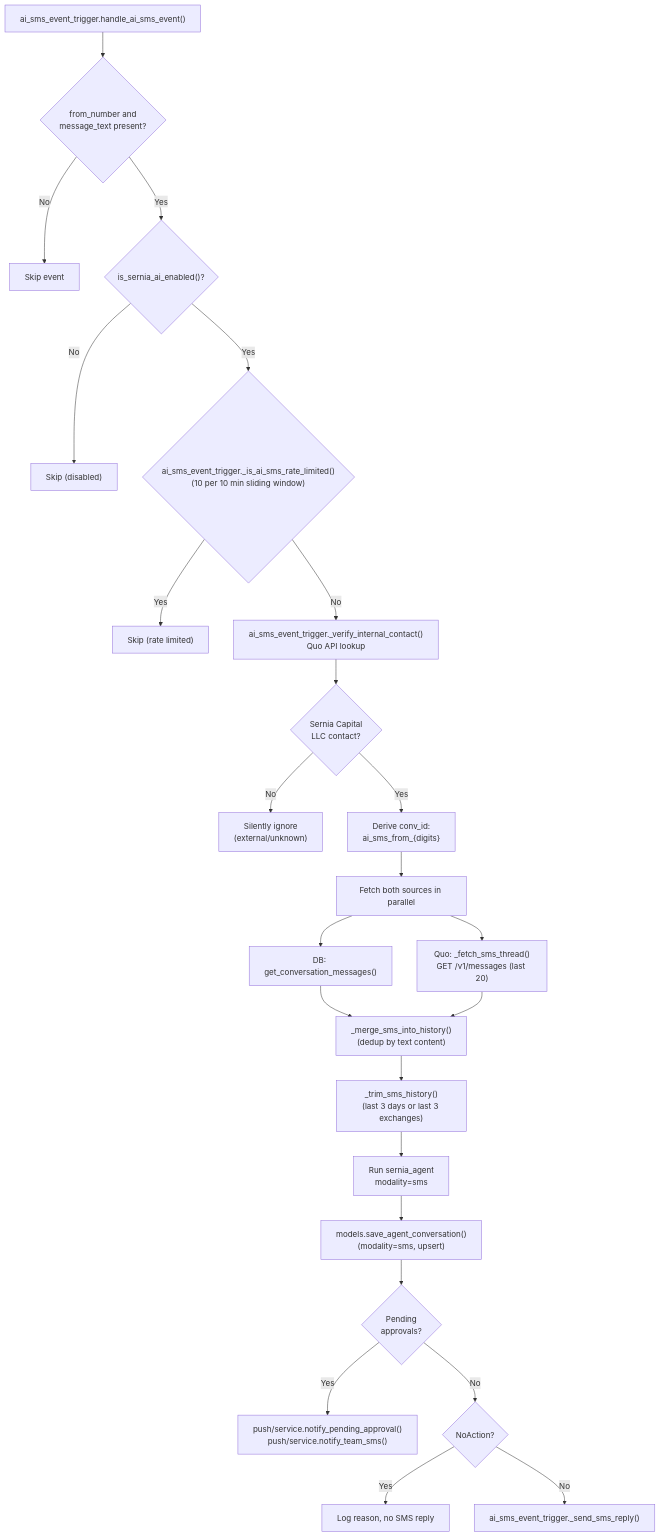
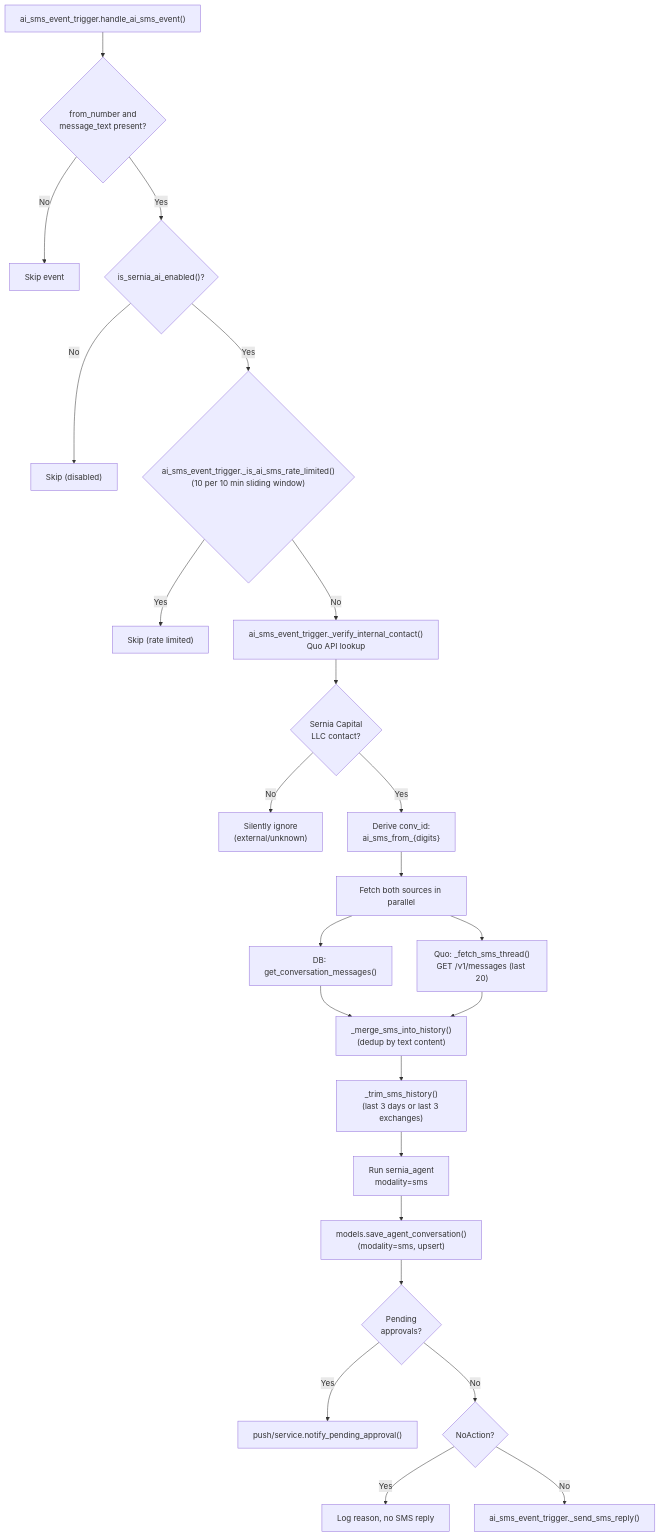
Before and after one commit to EmilioEsposito/portfolio: the second of 4 diagrams in api/src/sernia_ai/triggers/README.md, drawn with Mermaid. The commit also changed other lines of this file and 4 other files, not shown here.

````diff
--- a/api/src/sernia_ai/triggers/README.md
+++ b/api/src/sernia_ai/triggers/README.md
@@ -48,30 +48,30 @@
 ```mermaid
 flowchart TD
     IN["ai_sms_event_trigger.handle_ai_sms_event()"] --> VALIDATE{"from_number and<br/>message_text present?"}
     VALIDATE -->|No| SKIP["Skip event"]
     VALIDATE -->|Yes| ENABLED{"is_sernia_ai_enabled()?"}
     ENABLED -->|No| SKIP2a["Skip (disabled)"]
     ENABLED -->|Yes| RATE{"ai_sms_event_trigger._is_ai_sms_rate_limited()<br/>(10 per 10 min sliding window)"}
     RATE -->|Yes| SKIP2["Skip (rate limited)"]
     RATE -->|No| CONTACT["ai_sms_event_trigger._verify_internal_contact()<br/>Quo API lookup"]
 
     CONTACT --> GATE{"Sernia Capital<br/>LLC contact?"}
     GATE -->|No| IGNORE["Silently ignore<br/>(external/unknown)"]
     GATE -->|Yes| CONV_ID["Derive conv_id:<br/>ai_sms_from_{digits}"]
 
     CONV_ID --> FETCH["Fetch both sources in parallel"]
     FETCH --> DB["DB: get_conversation_messages()"]
     FETCH --> QUO["Quo: _fetch_sms_thread()<br/>GET /v1/messages (last 20)"]
     DB --> MERGE["_merge_sms_into_history()<br/>(dedup by text content)"]
     QUO --> MERGE
 
     MERGE --> TRIM["_trim_sms_history()<br/>(last 3 days or last 3 exchanges)"]
     TRIM --> AGENT["Run sernia_agent<br/>modality=sms"]
 
     AGENT --> SAVE["models.save_agent_conversation()<br/>(modality=sms, upsert)"]
     SAVE --> RESULT{"Pending<br/>approvals?"}
-    RESULT -->|Yes| HITL["push/service.notify_pending_approval()<br/>push/service.notify_team_sms()"]
+    RESULT -->|Yes| HITL["push/service.notify_pending_approval()"]
     RESULT -->|No| CHECK{"NoAction?"}
     CHECK -->|Yes| LOG["Log reason, no SMS reply"]
     CHECK -->|No| REPLY["ai_sms_event_trigger._send_sms_reply()"]
 ```
````
